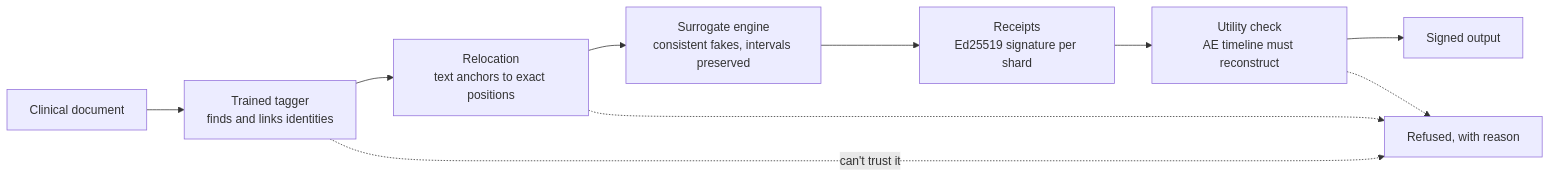
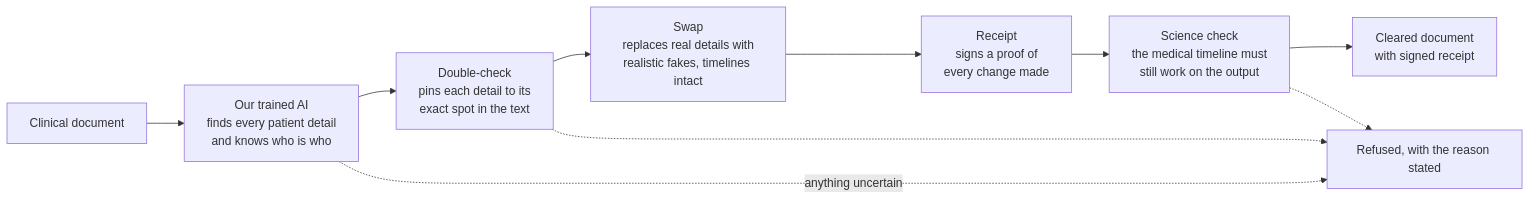
The diagram in README.md (vje013/proxy-clinical), drawn with Mermaid before and after one commit.

Commit message:
Revise flowchart descriptions in README.md

````diff
--- a/README.md
+++ b/README.md
@@ -34,12 +34,12 @@
 ```mermaid
 flowchart LR
-    DOC[Clinical document] --> M[Trained tagger<br/>finds and links identities]
-    M --> R[Relocation<br/>text anchors to exact positions]
-    R --> S[Surrogate engine<br/>consistent fakes, intervals preserved]
-    S --> RC[Receipts<br/>Ed25519 signature per shard]
-    RC --> U[Utility check<br/>AE timeline must reconstruct]
-    U --> OUT[Signed output]
-    M -.->|can't trust it| REF[Refused, with reason]
+    DOC[Clinical document] --> M[Our trained AI<br/>finds every patient detail<br/>and knows who is who]
+    M --> R[Double-check<br/>pins each detail to its<br/>exact spot in the text]
+    R --> S[Swap<br/>replaces real details with<br/>realistic fakes, timelines intact]
+    S --> RC[Receipt<br/>signs a proof of<br/>every change made]
+    RC --> U[Science check<br/>the medical timeline must<br/>still work on the output]
+    U --> OUT[Cleared document<br/>with signed receipt]
+    M -.->|anything uncertain| REF[Refused, with the reason stated]
     R -.-> REF
     U -.-> REF
 ```
````
